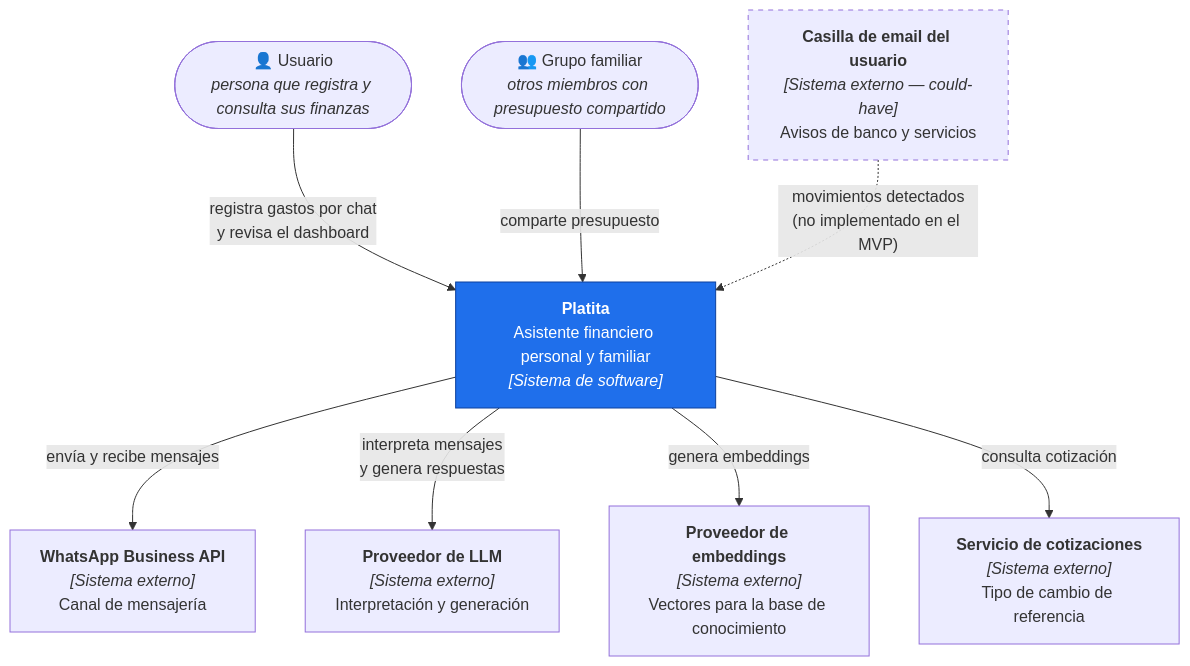
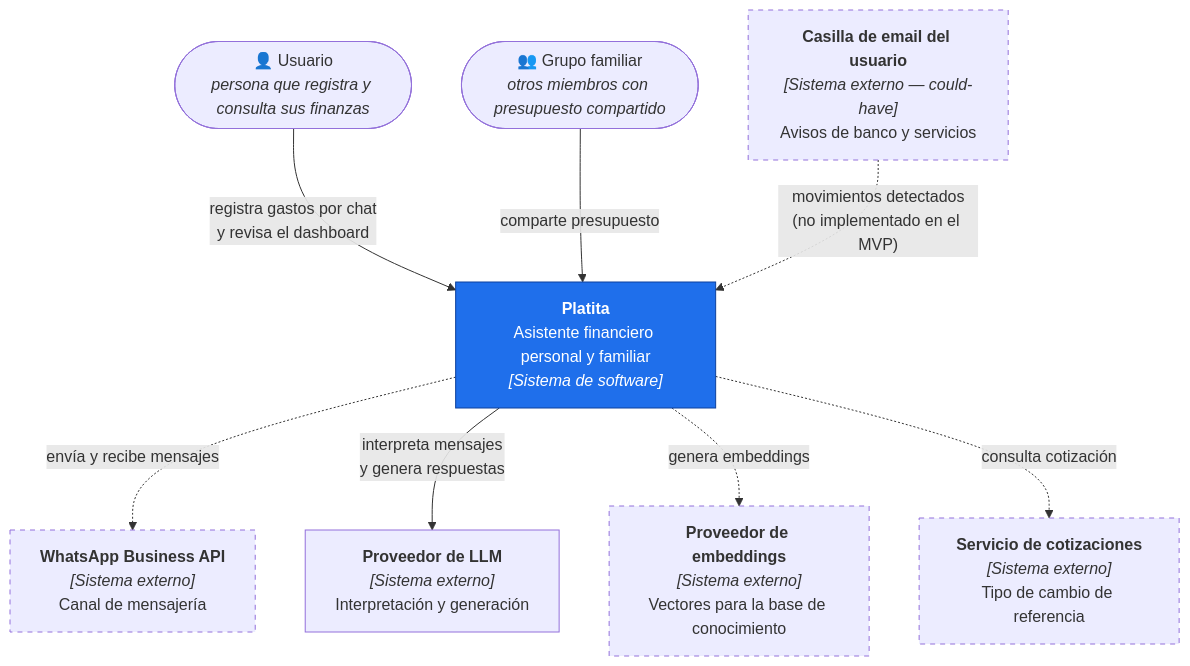
One commit to verozacarias-prog/AI4Devs-finalproject changed the first of 4 diagrams in docs/02-arquitectura.md. Above: the diagram before and after it, drawn with Mermaid. The commit also changed other lines of this file and 4 other files, not shown here.

First line of the commit message:
docs(diagramas): alineados con el código, y lo que todavía no existe queda marcado como diseño

````diff
--- a/docs/02-arquitectura.md
+++ b/docs/02-arquitectura.md
@@ -11,24 +16,27 @@
 ```mermaid
 flowchart TB
     USER(["👤 Usuario<br/><i>persona que registra y consulta sus finanzas</i>"])
     FAMILY(["👥 Grupo familiar<br/><i>otros miembros con presupuesto compartido</i>"])
 
     PLATITA["<b>Platita</b><br/>Asistente financiero personal y familiar<br/><i>[Sistema de software]</i>"]
 
     WACLOUD["<b>WhatsApp Business API</b><br/><i>[Sistema externo]</i><br/>Canal de mensajería"]
     LLM["<b>Proveedor de LLM</b><br/><i>[Sistema externo]</i><br/>Interpretación y generación"]
     EMB["<b>Proveedor de embeddings</b><br/><i>[Sistema externo]</i><br/>Vectores para la base de conocimiento"]
     FX["<b>Servicio de cotizaciones</b><br/><i>[Sistema externo]</i><br/>Tipo de cambio de referencia"]
     MAILBOX["<b>Casilla de email del usuario</b><br/><i>[Sistema externo — could-have]</i><br/>Avisos de banco y servicios"]
 
     USER -->|"registra gastos por chat<br/>y revisa el dashboard"| PLATITA
     FAMILY -->|"comparte presupuesto"| PLATITA
-    PLATITA -->|"envía y recibe mensajes"| WACLOUD
+    PLATITA -.->|"envía y recibe mensajes"| WACLOUD
     PLATITA -->|"interpreta mensajes<br/>y genera respuestas"| LLM
-    PLATITA -->|"genera embeddings"| EMB
-    PLATITA -->|"consulta cotización"| FX
+    PLATITA -.->|"genera embeddings"| EMB
+    PLATITA -.->|"consulta cotización"| FX
     MAILBOX -.->|"movimientos detectados<br/>(no implementado en el MVP)"| PLATITA
 
     style PLATITA fill:#1f6feb,stroke:#0d419d,color:#fff
     style MAILBOX stroke-dasharray: 5 5
+    style WACLOUD stroke-dasharray: 5 5
+    style EMB stroke-dasharray: 5 5
+    style FX stroke-dasharray: 5 5
 ```
````
